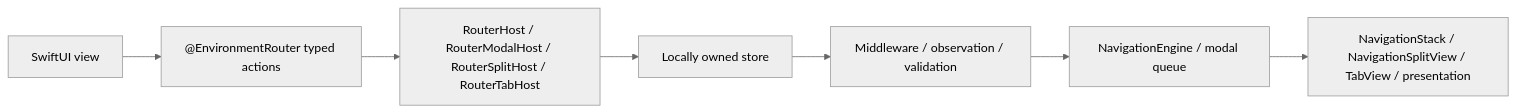
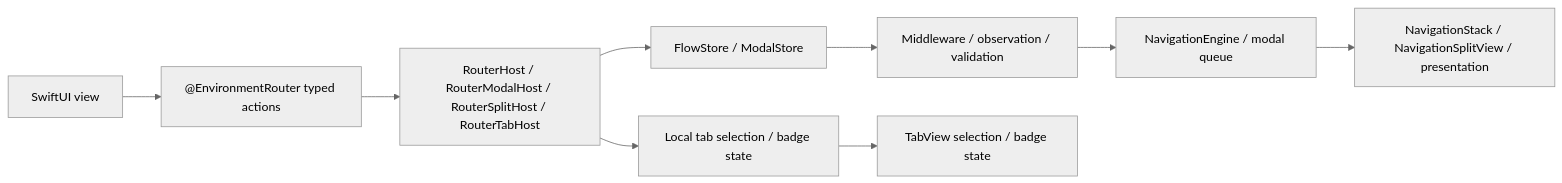
One commit to InnoSquadCorp/InnoRouter changed the first of 2 diagrams in README.md. Above: the diagram before and after it, drawn with Mermaid (neutral theme). The commit also changed other lines of this file and 9 other files, not shown here.

````diff
--- a/README.md
+++ b/README.md
@@ -383,9 +384,11 @@
 ```mermaid
 flowchart LR
     View["SwiftUI view"] --> Actions["@EnvironmentRouter typed actions"]
     Actions --> Host["RouterHost / RouterModalHost / RouterSplitHost / RouterTabHost"]
-    Host --> Store["Locally owned store"]
+    Host --> Store["FlowStore / ModalStore"]
+    Host --> Tabs["Local tab selection / badge state"]
     Store --> Policy["Middleware / observation / validation"]
     Policy --> Execution["NavigationEngine / modal queue"]
-    Execution --> System["NavigationStack / NavigationSplitView / TabView / presentation"]
+    Execution --> Routed["NavigationStack / NavigationSplitView / presentation"]
+    Tabs --> TabView["TabView selection / badge state"]
 ```
````
